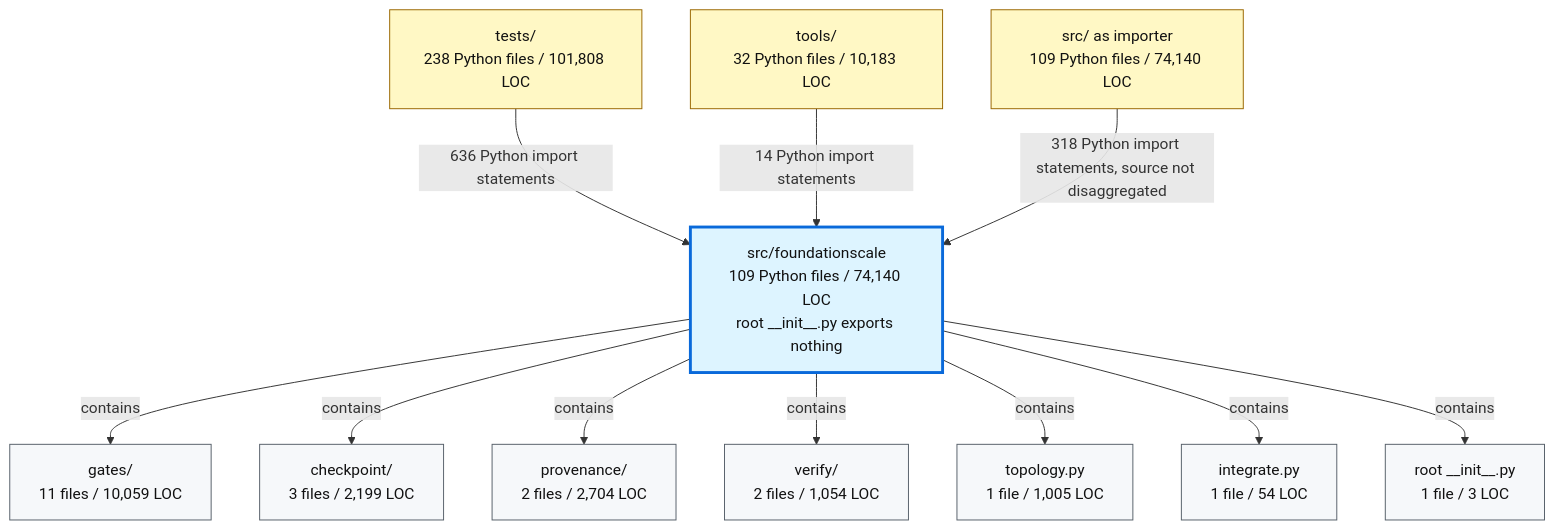
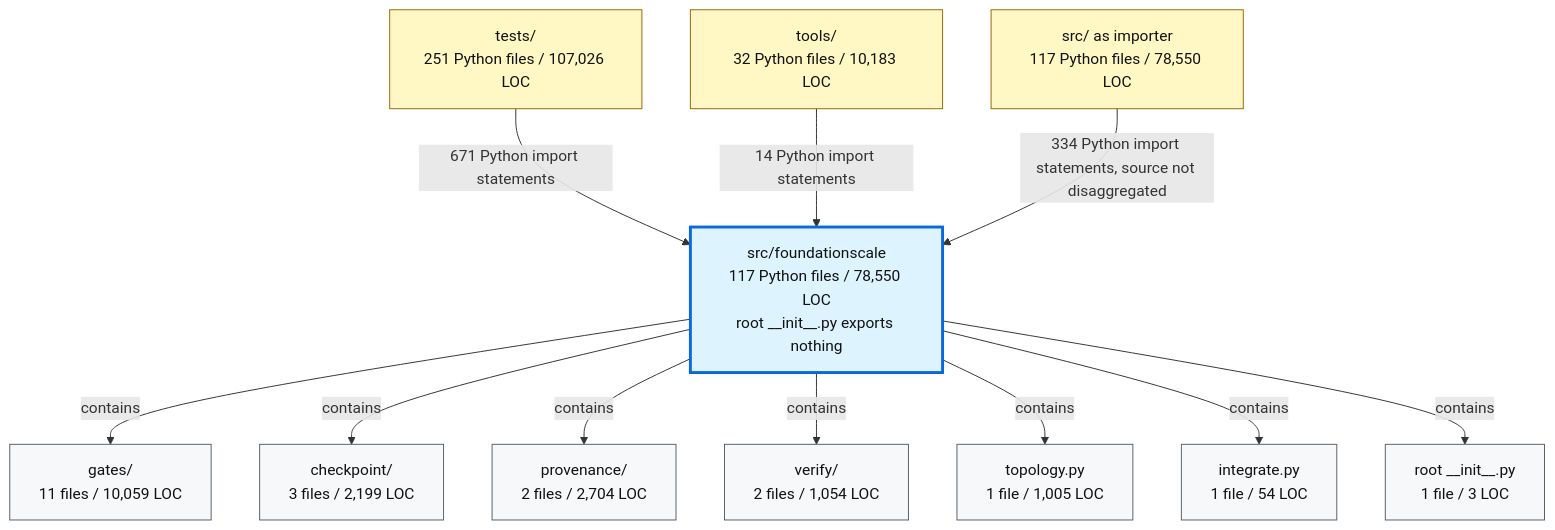
One commit to TranNhiem/FoundationScale changed the second of 2 diagrams in docs/review/D2_current_architecture.md. Above: the diagram before and after it, drawn with Mermaid. The commit also changed other lines of this file and 10 other files, not shown here.

````diff
--- a/docs/review/D2_current_architecture.md
+++ b/docs/review/D2_current_architecture.md
@@ -97,36 +97,36 @@
 ```mermaid
 flowchart TB
-  TESTS["tests/<br/>238 Python files / 101,808 LOC"]
+  TESTS["tests/<br/>251 Python files / 107,026 LOC"]
   TOOLS["tools/<br/>32 Python files / 10,183 LOC"]
-  SRC["src/ as importer<br/>109 Python files / 74,140 LOC"]
+  SRC["src/ as importer<br/>117 Python files / 78,550 LOC"]
 
-  FS["src/foundationscale<br/>109 Python files / 74,140 LOC<br/>root __init__.py exports nothing"]
+  FS["src/foundationscale<br/>117 Python files / 78,550 LOC<br/>root __init__.py exports nothing"]
 
   GATES["gates/<br/>11 files / 10,059 LOC"]
   CKPT["checkpoint/<br/>3 files / 2,199 LOC"]
   PROV["provenance/<br/>2 files / 2,704 LOC"]
   VERIFY["verify/<br/>2 files / 1,054 LOC"]
   TOPO["topology.py<br/>1 file / 1,005 LOC"]
   INTEG["integrate.py<br/>1 file / 54 LOC"]
   ROOT["root __init__.py<br/>1 file / 3 LOC"]
 
-  TESTS -->|"636 Python import statements"| FS
+  TESTS -->|"671 Python import statements"| FS
   TOOLS -->|"14 Python import statements"| FS
-  SRC -->|"318 Python import statements, source not disaggregated"| FS
+  SRC -->|"334 Python import statements, source not disaggregated"| FS
 
   FS -->|"contains"| GATES
   FS -->|"contains"| CKPT
   FS -->|"contains"| PROV
   FS -->|"contains"| VERIFY
   FS -->|"contains"| TOPO
   FS -->|"contains"| INTEG
   FS -->|"contains"| ROOT
 
   classDef consumer fill:#fff8c5,stroke:#9a6700,color:#111;
   classDef package fill:#ddf4ff,stroke:#0969da,stroke-width:3px,color:#111;
   classDef module fill:#f6f8fa,stroke:#57606a,color:#111;
 
   class TESTS,TOOLS,SRC consumer;
   class FS package;
   class GATES,CKPT,PROV,VERIFY,TOPO,INTEG,ROOT module;
 ```
````
